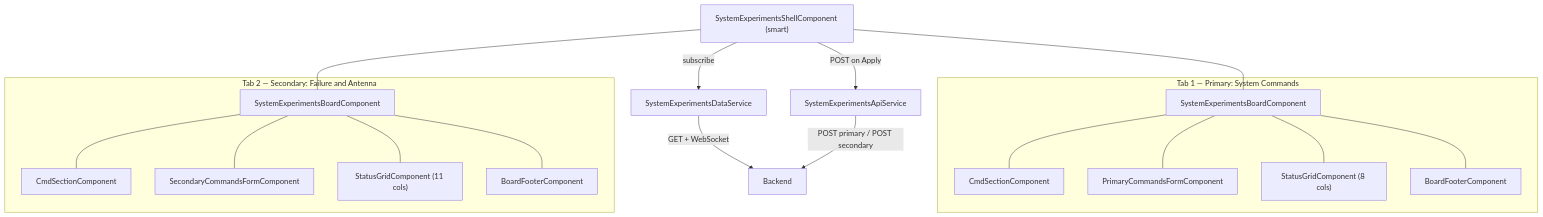
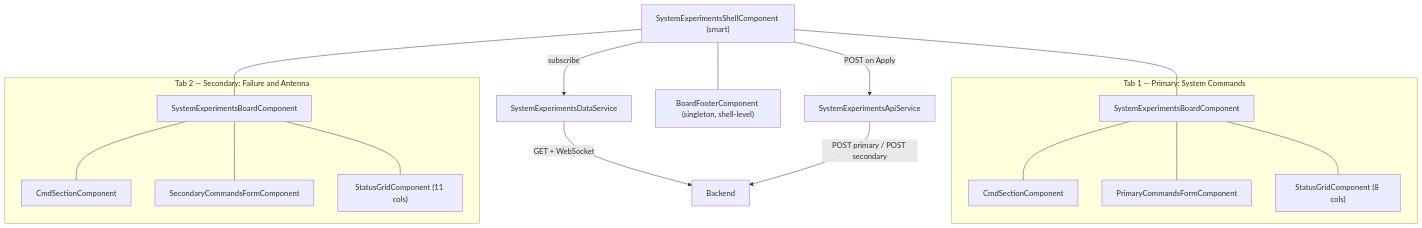
One commit to izhaq/angular-13-playground changed the first of 2 diagrams in specs/sys-mode-dashboard/plan.md. Above: the diagram before and after it, drawn with Mermaid. The commit also changed other lines of this file and 14 other files, not shown here.

````diff
--- a/specs/sys-mode-dashboard/plan.md
+++ b/specs/sys-mode-dashboard/plan.md
@@ -15,39 +15,37 @@
 ```mermaid
 graph TD
     Shell["SystemExperimentsShellComponent (smart)"]
     DataSvc["SystemExperimentsDataService"]
     ApiSvc["SystemExperimentsApiService"]
-    
+    Footer["BoardFooterComponent (singleton, shell-level)"]
+
     Shell -->|"subscribe"| DataSvc
     Shell -->|"POST on Apply"| ApiSvc
-    
+    Shell --- Footer
+
     subgraph tab1 [Tab 1 — Primary: System Commands]
         Primary["SystemExperimentsBoardComponent"]
         Cmd1["CmdSectionComponent"]
         Form1["PrimaryCommandsFormComponent"]
         Grid1["StatusGridComponent (8 cols)"]
-        Footer1["BoardFooterComponent"]
         Primary --- Cmd1
         Primary --- Form1
         Primary --- Grid1
-        Primary --- Footer1
     end
-    
+
     subgraph tab2 [Tab 2 — Secondary: Failure and Antenna]
         Secondary["SystemExperimentsBoardComponent"]
         Cmd2["CmdSectionComponent"]
         Form2["SecondaryCommandsFormComponent"]
         Grid2["StatusGridComponent (11 cols)"]
-        Footer2["BoardFooterComponent"]
         Secondary --- Cmd2
         Secondary --- Form2
         Secondary --- Grid2
-        Secondary --- Footer2
     end
-    
+
     Shell --- Primary
     Shell --- Secondary
-    
+
     DataSvc -->|"GET + WebSocket"| WS["Backend"]
     ApiSvc -->|"POST primary / POST secondary"| WS
 ```
````
